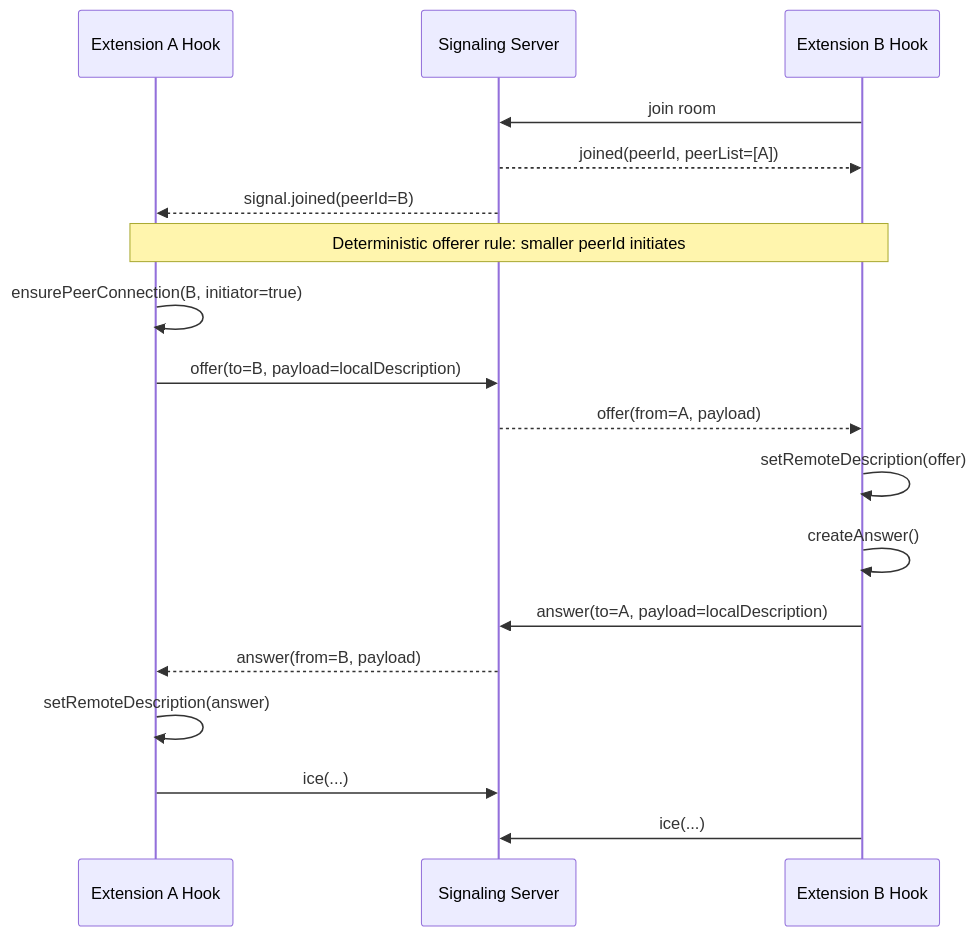
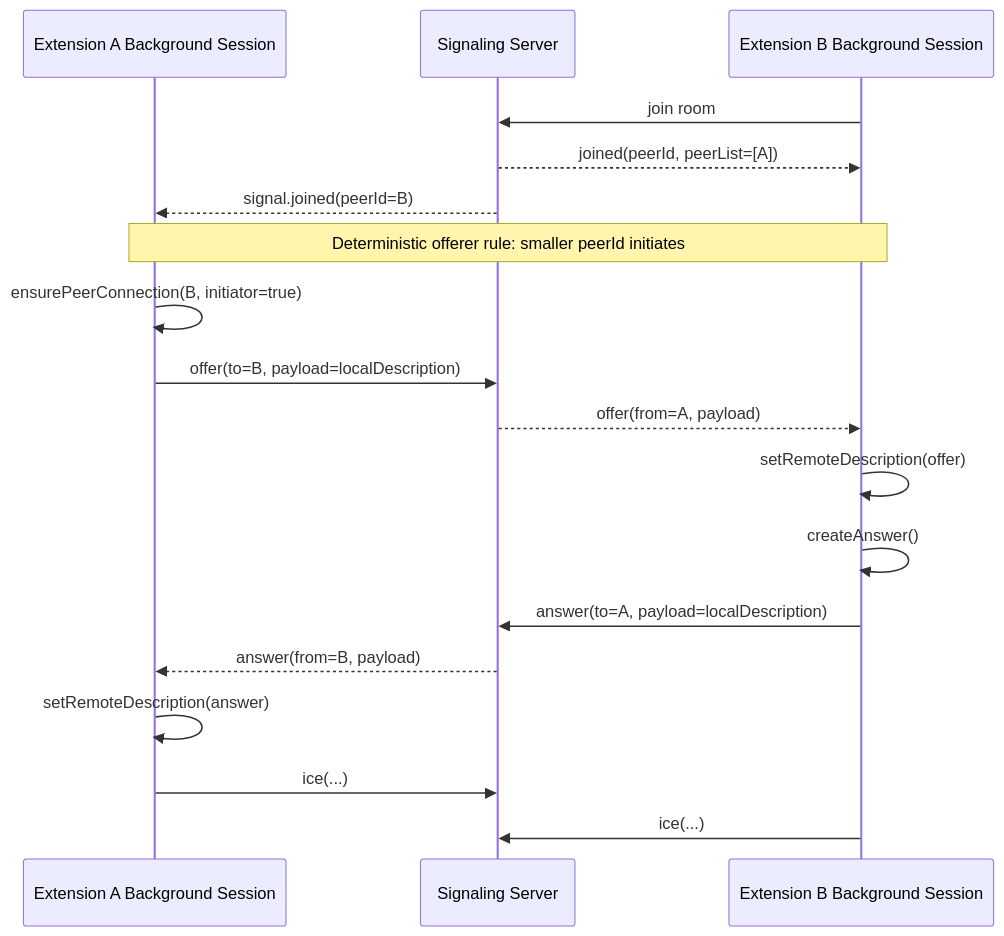
The fifth of 8 diagrams in docs/architecture.md (crccc/webrtc-chat), drawn with Mermaid before and after one commit. The commit also changed other lines of this file and 28 other files, not shown here.

Commit message:
Implement background-owned extension session lifecycle

````diff
--- a/docs/architecture.md
+++ b/docs/architecture.md
@@ -172,23 +198,23 @@
 ```mermaid
 sequenceDiagram
-  participant A as Extension A Hook
+  participant A as Extension A Background Session
   participant S as Signaling Server
-  participant B as Extension B Hook
+  participant B as Extension B Background Session
 
   B->>S: join room
   S-->>B: joined(peerId, peerList=[A])
   S-->>A: signal.joined(peerId=B)
 
   Note over A,B: Deterministic offerer rule: smaller peerId initiates
 
   A->>A: ensurePeerConnection(B, initiator=true)
   A->>S: offer(to=B, payload=localDescription)
   S-->>B: offer(from=A, payload)
   B->>B: setRemoteDescription(offer)
   B->>B: createAnswer()
   B->>S: answer(to=A, payload=localDescription)
   S-->>A: answer(from=B, payload)
   A->>A: setRemoteDescription(answer)
   A->>S: ice(...)
   B->>S: ice(...)
 ```
````
